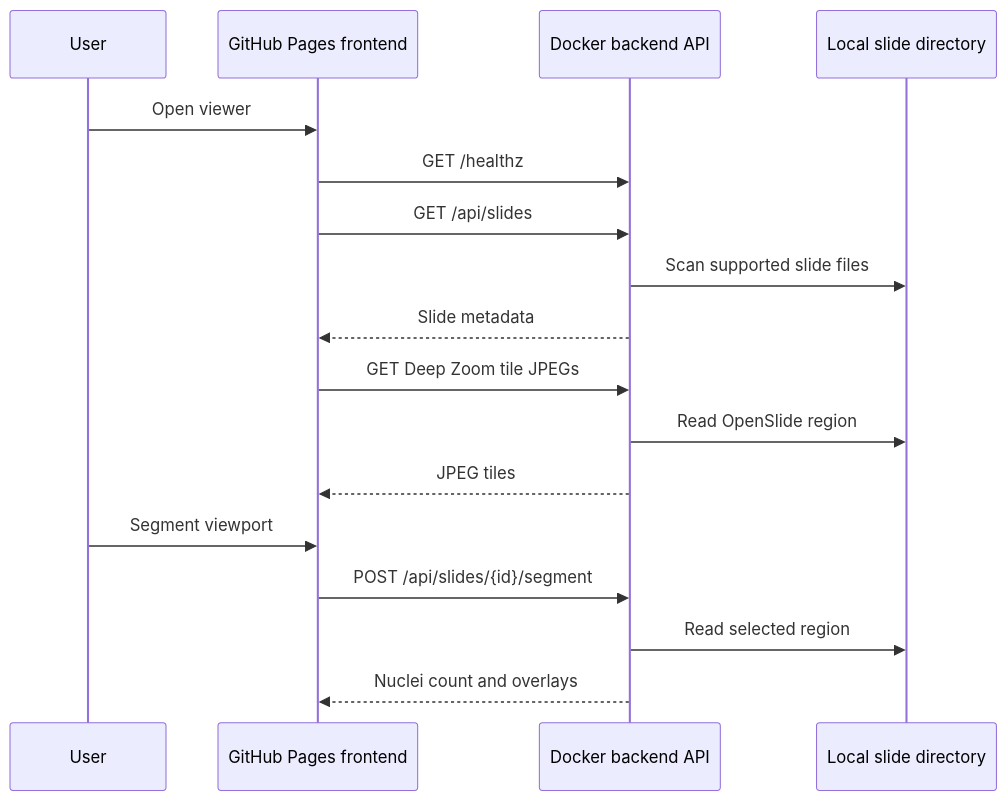
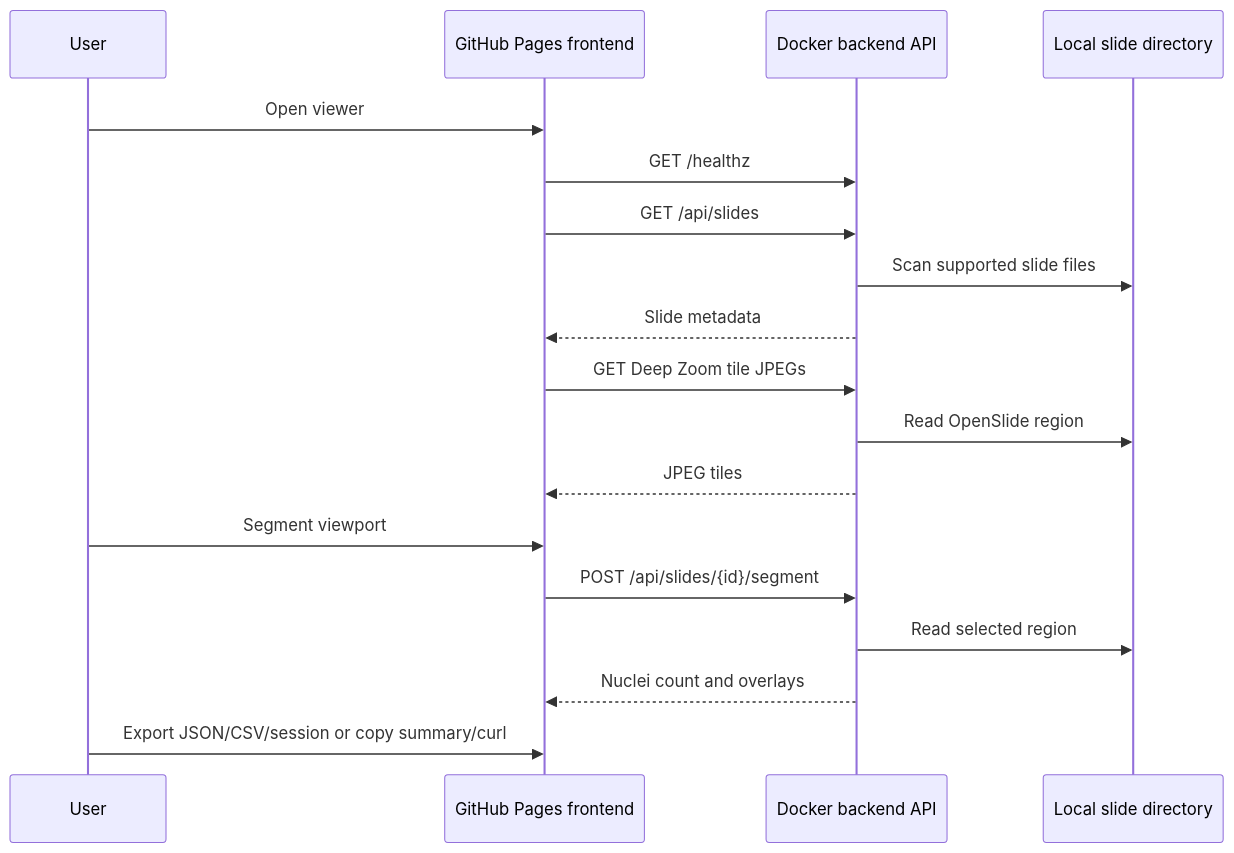
The third of 3 diagrams in docs/architecture.md (baditaflorin/openslide-stardist-viewer), drawn with Mermaid before and after one commit. The commit also changed other lines of this file and 11 other files, not shown here.

````diff
--- a/docs/architecture.md
+++ b/docs/architecture.md
@@ -55,19 +53,20 @@
 ```mermaid
 sequenceDiagram
   participant User
   participant Pages as GitHub Pages frontend
   participant API as Docker backend API
   participant SlideDir as Local slide directory
   User->>Pages: Open viewer
   Pages->>API: GET /healthz
   Pages->>API: GET /api/slides
   API->>SlideDir: Scan supported slide files
   API-->>Pages: Slide metadata
   Pages->>API: GET Deep Zoom tile JPEGs
   API->>SlideDir: Read OpenSlide region
   API-->>Pages: JPEG tiles
   User->>Pages: Segment viewport
   Pages->>API: POST /api/slides/{id}/segment
   API->>SlideDir: Read selected region
   API-->>Pages: Nuclei count and overlays
+  User->>Pages: Export JSON/CSV/session or copy summary/curl
 ```
````
